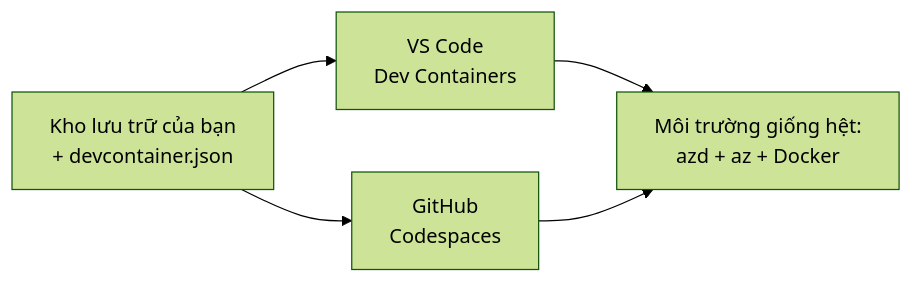
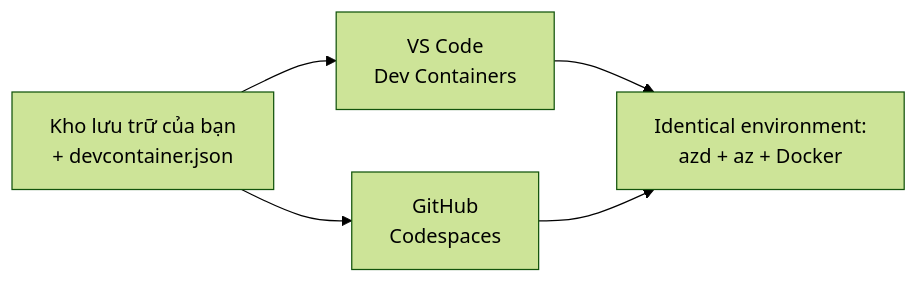
Before and after one commit to microsoft/AZD-for-beginners: the diagram in translations/vi/docs/chapter-01-foundation/dev-containers.md, drawn with Mermaid (forest theme). The commit also changed other lines of this file and 61 other files, not shown here.

````diff
--- a/translations/vi/docs/chapter-01-foundation/dev-containers.md
+++ b/translations/vi/docs/chapter-01-foundation/dev-containers.md
@@ -41,7 +41,7 @@
 ```mermaid
 graph LR
     Repo[Kho lưu trữ của bạn<br/>+ devcontainer.json] --> VSCode[VS Code<br/>Dev Containers]
     Repo --> Codespaces[GitHub<br/>Codespaces]
-    VSCode --> Env[Môi trường giống hệt:<br/>azd + az + Docker]
+    VSCode --> Env[Identical environment:<br/>azd + az + Docker]
     Codespaces --> Env
 ```
````
